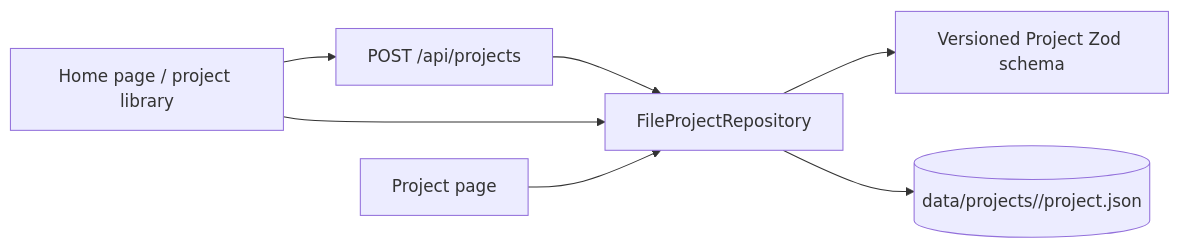
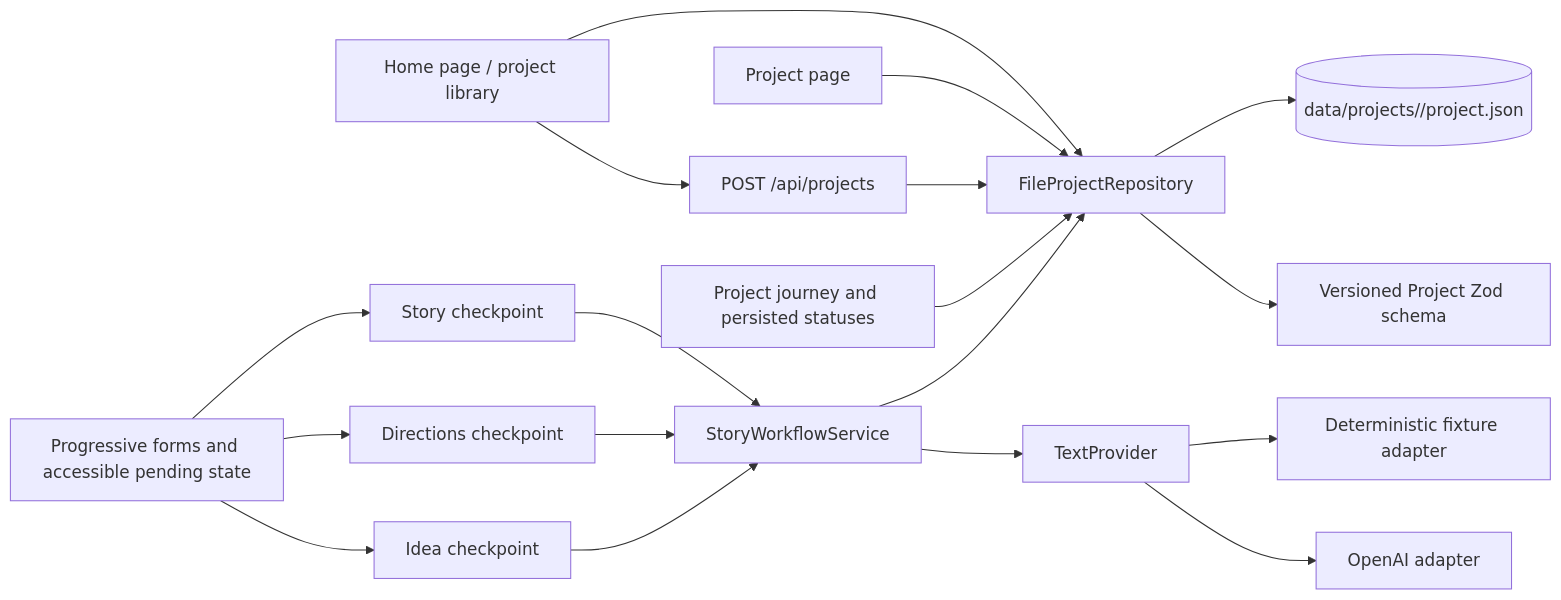
One commit to bhadrip/kids-book-gen changed the fourth of 4 diagrams in ARCHITECTURE.md. Above: the diagram before and after it, drawn with Mermaid. The commit also changed other lines of this file and 36 other files, not shown here.

Commit message:
feat: add resumable text story workflow

````diff
--- a/ARCHITECTURE.md
+++ b/ARCHITECTURE.md
@@ -82,9 +83,20 @@
 ```mermaid
 flowchart LR
   Home[Home page / project library] --> Create[POST /api/projects]
   Create --> Repo[FileProjectRepository]
   Home --> Repo
   Project[Project page] --> Repo
+  Idea[Idea checkpoint] --> Workflow[StoryWorkflowService]
+  Directions[Directions checkpoint] --> Workflow
+  Story[Story checkpoint] --> Workflow
+  Shell[Project journey and persisted statuses] --> Repo
+  Forms[Progressive forms and accessible pending state] --> Idea
+  Forms --> Directions
+  Forms --> Story
+  Workflow --> Provider[TextProvider]
+  Provider --> OpenAI[OpenAI adapter]
+  Provider --> Fixture[Deterministic fixture adapter]
+  Workflow --> Repo
   Repo --> Schema[Versioned Project Zod schema]
   Repo --> File[(data/projects/<project-id>/project.json)]
 ```
````
